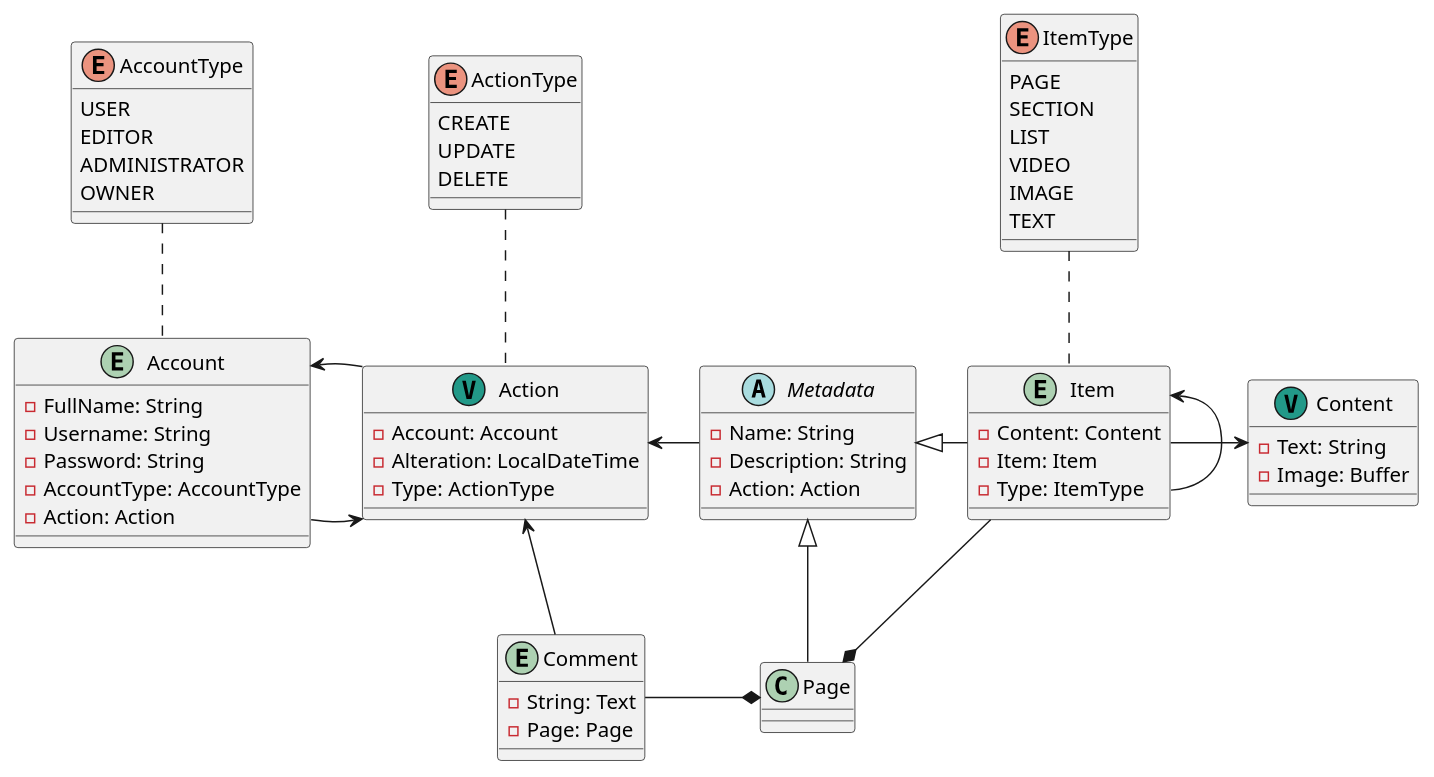
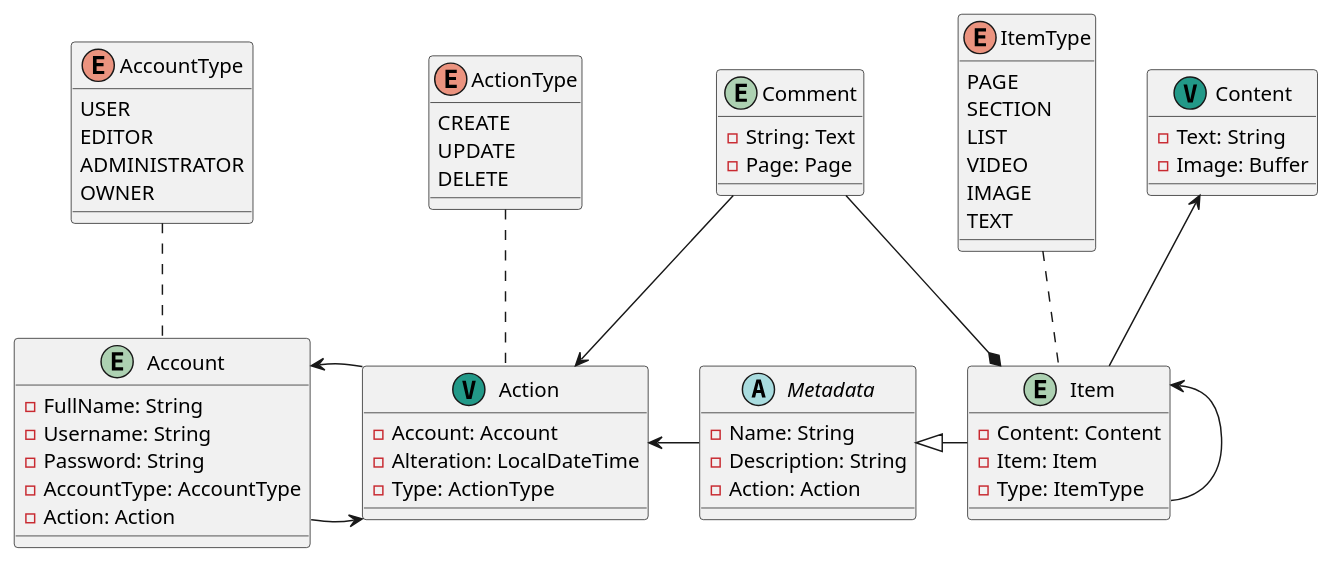
The diagram in src/main/plantuml/5. Main - Production.puml (LouisFerro/HFW-HighlyFunctionalWiki), drawn with PlantUML before and after one commit.

Commit message:
Adaptation of visualization of model for more effective use of space and better readability.

```diff
--- a/src/main/plantuml/5. Main - Production.puml
+++ b/src/main/plantuml/5. Main - Production.puml
@@ -1,91 +1,88 @@
 @startuml
 'https://plantuml.com/class-diagram'
 
 entity Account
 {
     - FullName: String
     - Username: String
     - Password: String
     - AccountType: AccountType
     - Action: Action
 }
 
 enum AccountType
 {
     USER
     EDITOR
     ADMINISTRATOR
     OWNER
 }
 
 entity Action <<(V, #229988)>>
 {
     - Account: Account
     - Alteration: LocalDateTime
     - Type: ActionType
 }
 
 enum ActionType
 {
     CREATE
     UPDATE
     DELETE
 }
 
 abstract class Metadata
 {
     - Name: String
     - Description: String
     - Action: Action
 }
 
 
 entity Item
 {
     - Content: Content
     - Item: Item
     - Type: ItemType
 }
 
 enum ItemType
 {
     PAGE
     SECTION
     LIST
     VIDEO
     IMAGE
     TEXT
 }
 
 entity Content <<(V, #229988)>>
 {
     - Text: String
     - Image: Buffer
 }
 
 entity Comment
 {
     - String: Text
     - Page: Page
 }
 
 Account .up. AccountType
 Account -right-> Action
 
 Action -left-> Account
 Action .up. ActionType
 
 Metadata -left-> Action
 
-Comment -up-> Action
-Comment -right-* Page
-
-Page -up-|> Metadata
+Comment -down-> Action
+Comment -down-* Item
 
 Item -left-|> Metadata
-Item -down-* Page
-Item -right-> Content
+Item -up-> Content
 Item .up. ItemType
 Item -up-> Item
 
 @enduml
```
